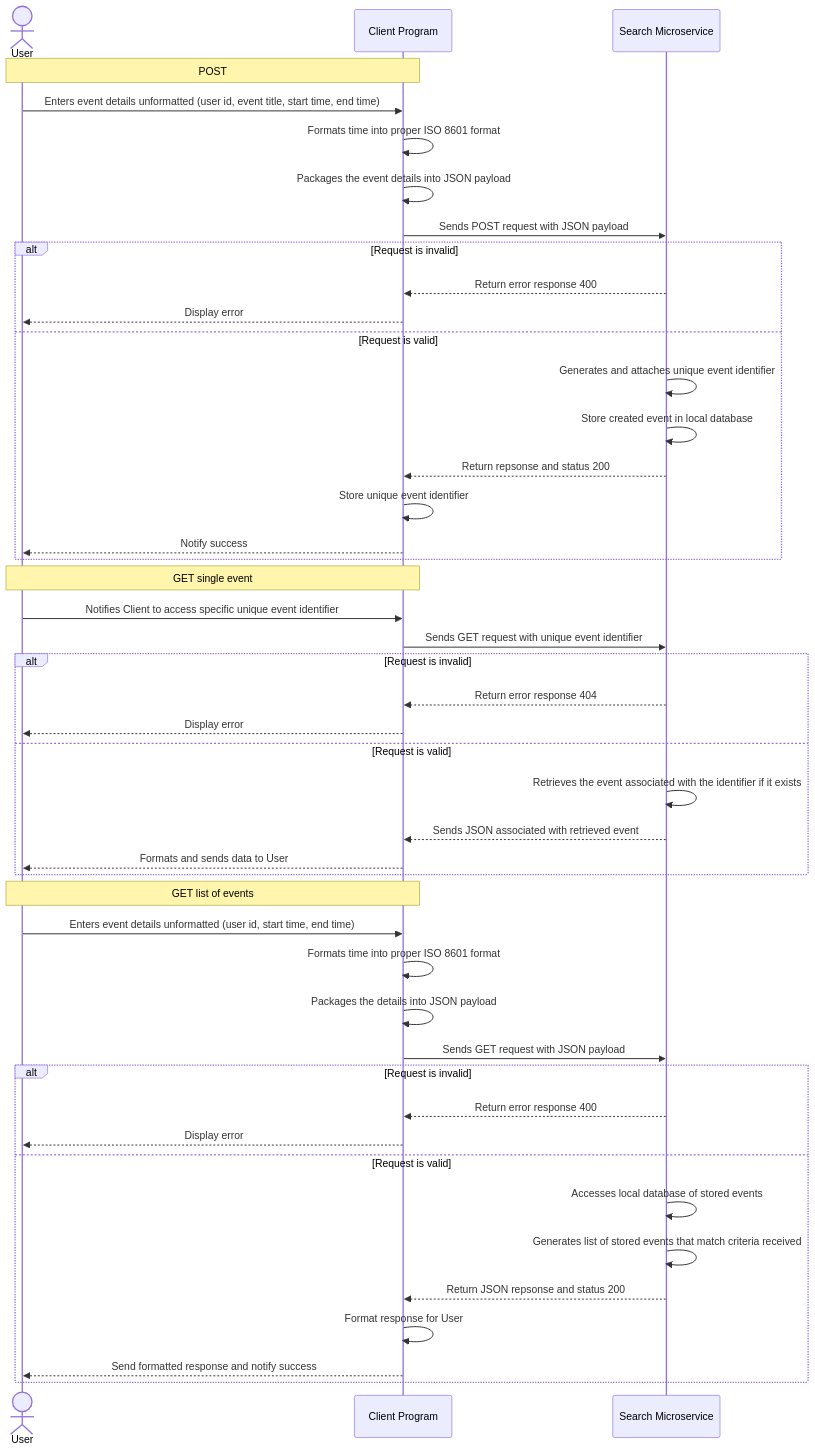
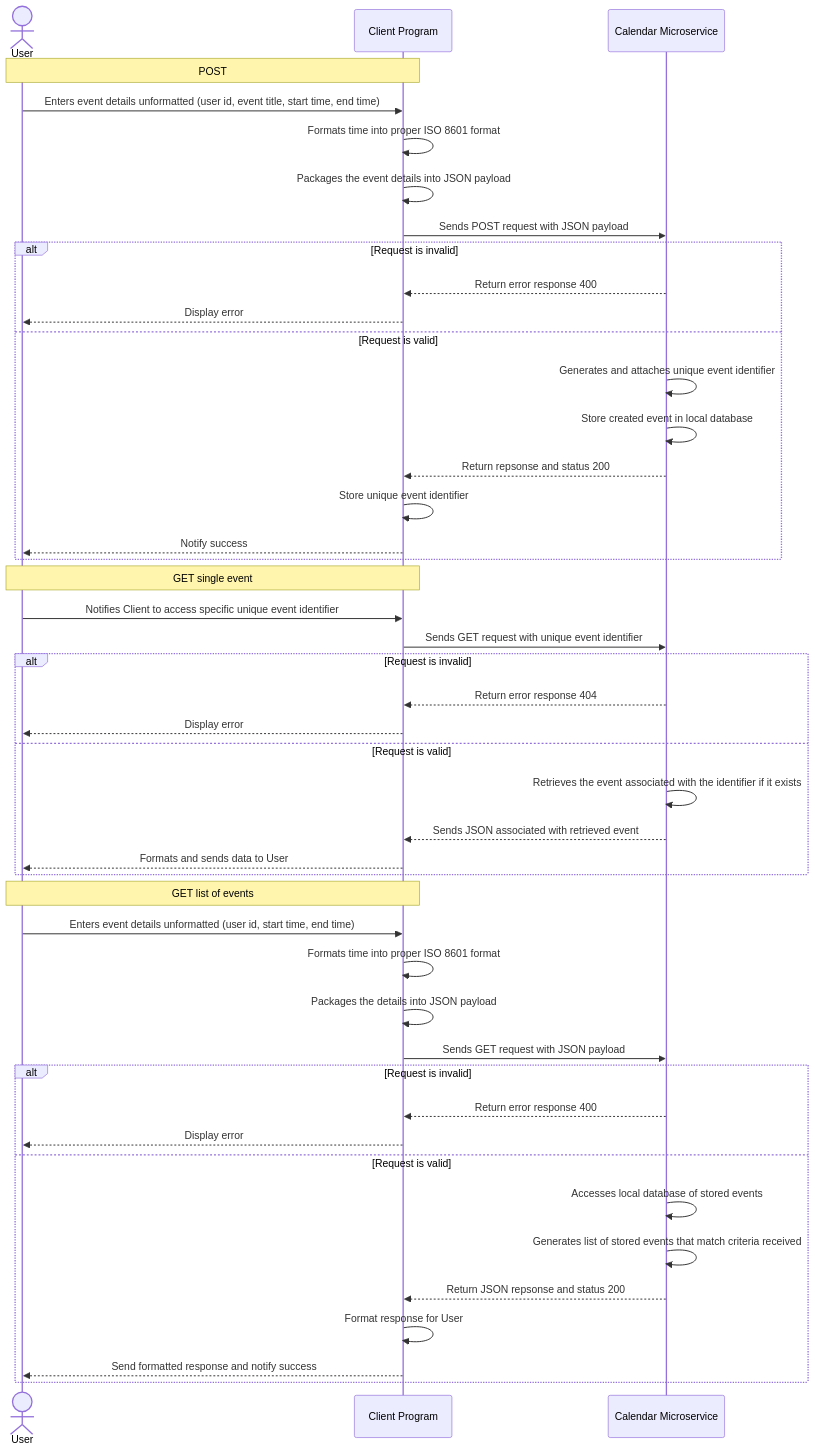
Before and after one commit to Tellesmb/Calendar-Microservice: the diagram in README.md, drawn with Mermaid. The commit also changed 1 other file, not shown here.

Commit message:
Typo in README

````diff
--- a/README.md
+++ b/README.md
@@ -224,58 +224,58 @@
 ```mermaid
 sequenceDiagram
     actor User
     participant Client as Client Program
-    participant Service as Search Microservice
+    participant Service as Calendar Microservice
 
     Note over User, Client: POST
     User->>Client: Enters event details unformatted (user id, event title, start time, end time)
     Client->>Client: Formats time into proper ISO 8601 format
     Client->>Client: Packages the event details into JSON payload
     Client->>Service: Sends POST request with JSON payload
    
         alt Request is invalid
             Service-->>Client: Return error response 400
             Client-->>User: Display error
         
         else Request is valid
             Service->>Service: Generates and attaches unique event identifier
             Service->>Service: Store created event in local database
             Service-->>Client: Return repsonse and status 200
             Client->>Client: Store unique event identifier
             Client-->>User: Notify success
         end
     
     Note over User, Client: GET single event
     User->>Client: Notifies Client to access specific unique event identifier
     Client->>Service: Sends GET request with unique event identifier
 
         alt Request is invalid
             Service-->>Client: Return error response 404
             Client-->>User: Display error
         
         else Request is valid
             Service->>Service: Retrieves the event associated with the identifier if it exists
             Service-->>Client: Sends JSON associated with retrieved event
             Client-->>User: Formats and sends data to User
         end
 
     
     Note over User, Client: GET list of events
     User->>Client: Enters event details unformatted (user id, start time, end time)
     Client->>Client: Formats time into proper ISO 8601 format
     Client->>Client: Packages the details into JSON payload
     Client->>Service: Sends GET request with JSON payload
     
         alt Request is invalid
             Service-->>Client: Return error response 400
             Client-->>User: Display error
 
         else Request is valid
             Service->>Service: Accesses local database of stored events 
             Service->>Service: Generates list of stored events that match criteria received
             Service-->>Client: Return JSON repsonse and status 200
             Client->>Client: Format response for User
             Client-->>User: Send formatted response and notify success
         end
 
 ```
````
